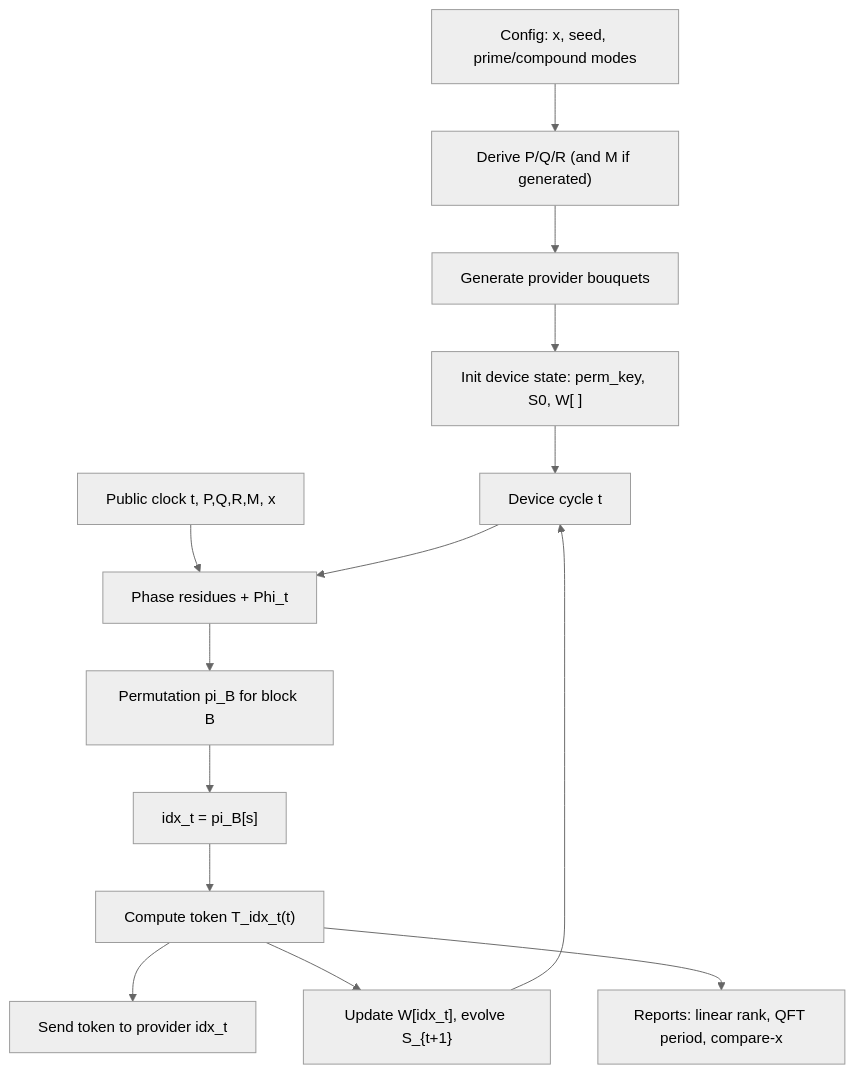
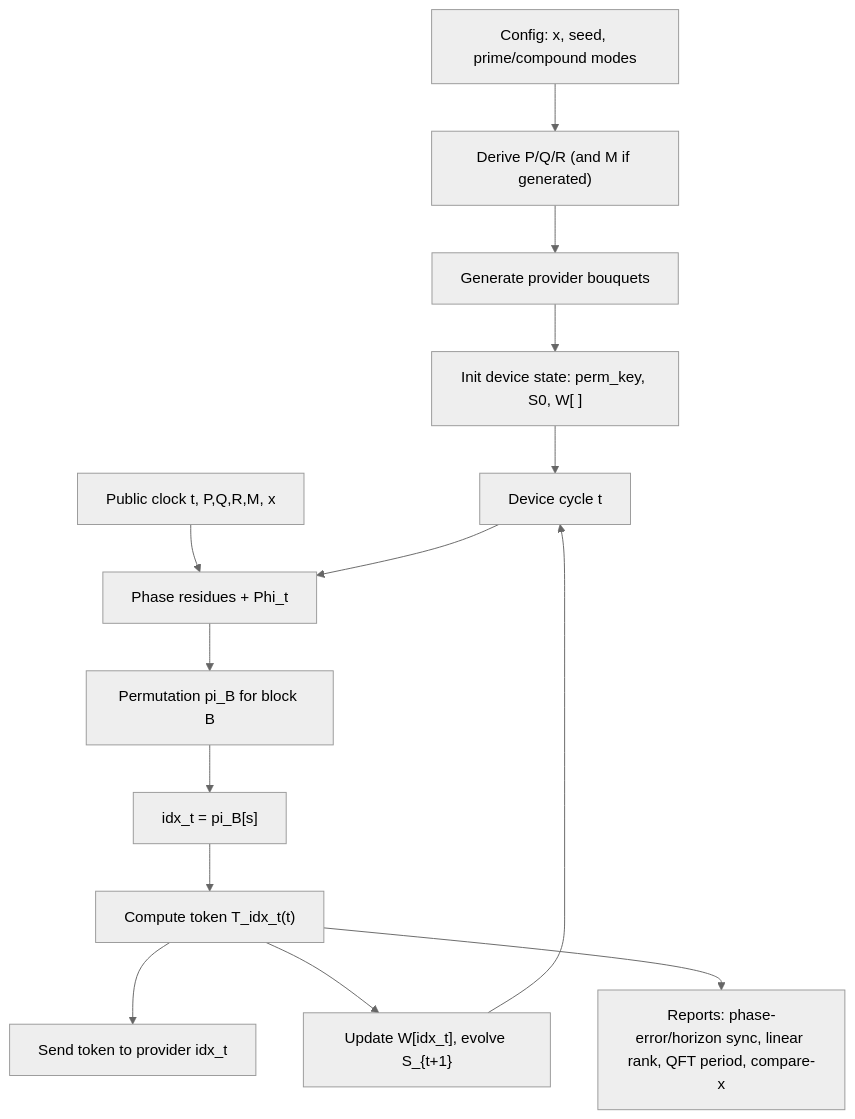
The fifth of 12 diagrams in papers/main-paper.md (cekkr/phaselane-algorithm), drawn with Mermaid before and after one commit. The commit also changed other lines of this file and 4 other files, not shown here.

````diff
--- a/papers/main-paper.md
+++ b/papers/main-paper.md
@@ -214,17 +214,17 @@
 ```mermaid
 %%{init: {"theme":"neutral","flowchart":{"curve":"basis"}} }%%
 flowchart TD
   Cfg["Config: x, seed, prime/compound modes"] --> Primes["Derive P/Q/R (and M if generated)"]
   Primes --> Bouquets["Generate provider bouquets"]
   Bouquets --> Init["Init device state: perm_key, S0, W[ ]"]
   Init --> Loop["Device cycle t"]
   Public["Public clock t, P,Q,R,M, x"] --> Phase["Phase residues + Phi_t"]
   Loop --> Phase
   Phase --> Perm["Permutation pi_B for block B"]
   Perm --> Pick["idx_t = pi_B[s]"]
   Pick --> Tok["Compute token T_idx_t(t)"]
   Tok --> Send["Send token to provider idx_t"]
   Tok --> Evolve["Update W[idx_t], evolve S_{t+1}"]
   Evolve --> Loop
-  Tok --> Report["Reports: linear rank, QFT period, compare-x"]
+  Tok --> Report["Reports: phase-error/horizon sync, linear rank, QFT period, compare-x"]
 ```
````
